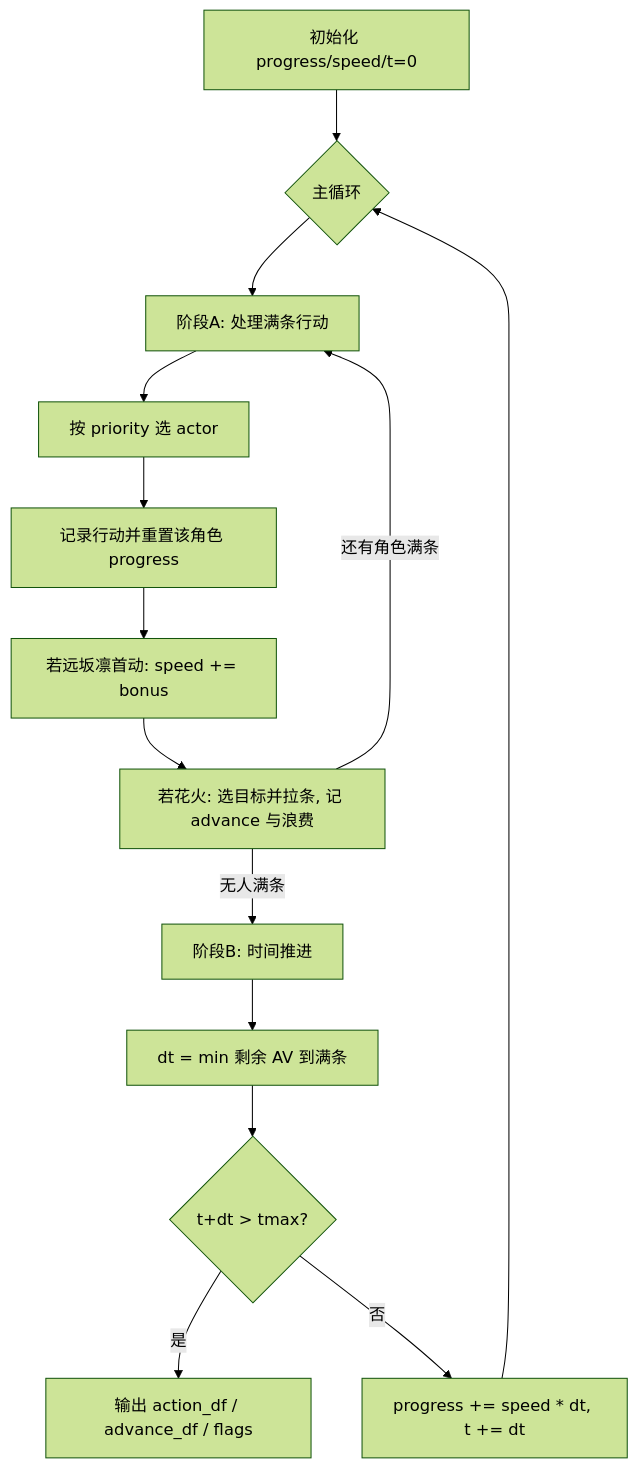
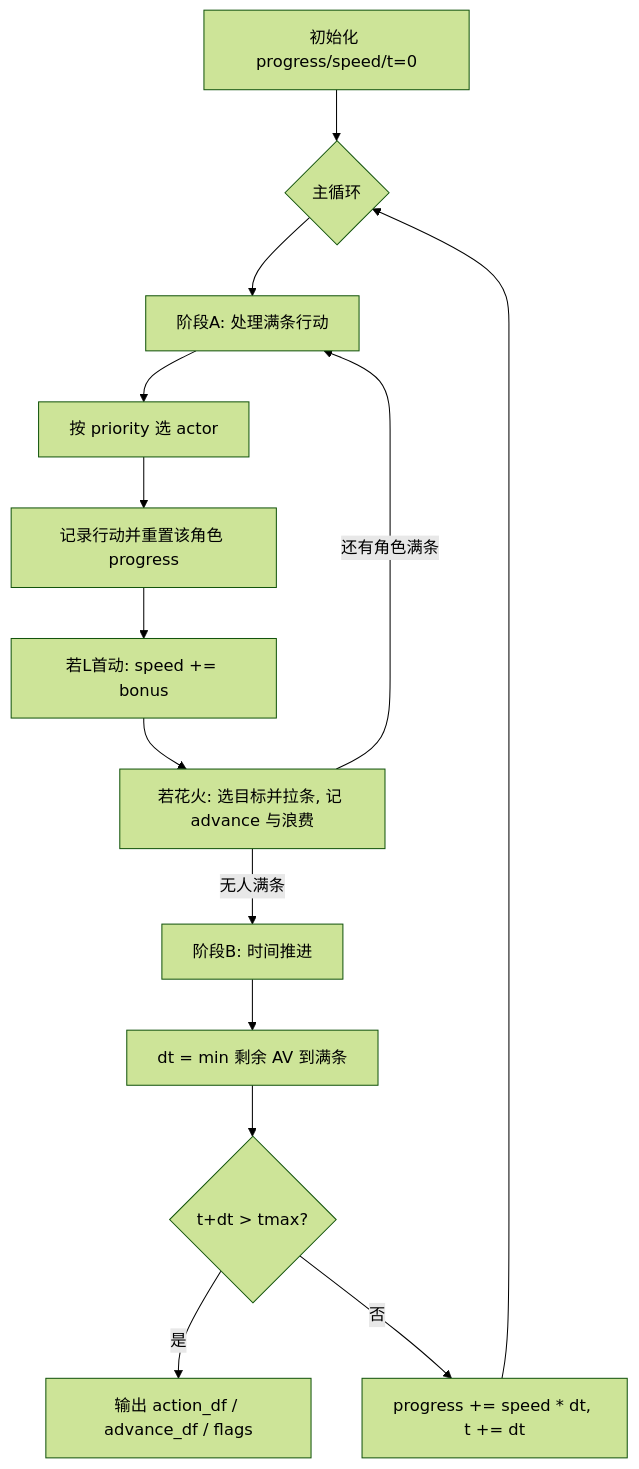
Before and after one commit to yyzzzasdf/hsr_python_action_sim_project: the second of 2 diagrams in FRAMEWORK.md, drawn with Mermaid (forest theme). The commit also changed other lines of this file and 13 other files, not shown here.

````diff
--- a/FRAMEWORK.md
+++ b/FRAMEWORK.md
@@ -68,25 +68,25 @@
 ```mermaid
 flowchart TD
     init[初始化 progress/speed/t=0]
     loop{主循环}
     actPhase[阶段A: 处理满条行动]
     pickActor[按 priority 选 actor]
     logAction[记录行动并重置该角色 progress]
-    rinBuff[若远坂凛首动: speed += bonus]
+    lBuff[若L首动: speed += bonus]
     sparkleAdv[若花火: 选目标并拉条, 记 advance 与浪费]
     timePhase[阶段B: 时间推进]
     calcDt[dt = min 剩余 AV 到满条]
     stop{t+dt > tmax?}
     advanceProg[progress += speed * dt, t += dt]
     done[输出 action_df / advance_df / flags]
 
     init --> loop
     loop --> actPhase
     actPhase --> pickActor --> logAction
-    logAction --> rinBuff --> sparkleAdv
+    logAction --> lBuff --> sparkleAdv
     sparkleAdv -->|还有角色满条| actPhase
     sparkleAdv -->|无人满条| timePhase
     timePhase --> calcDt --> stop
     stop -->|是| done
     stop -->|否| advanceProg --> loop
 ```
````
